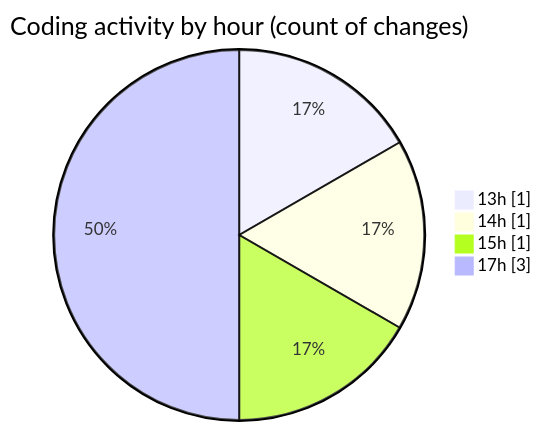
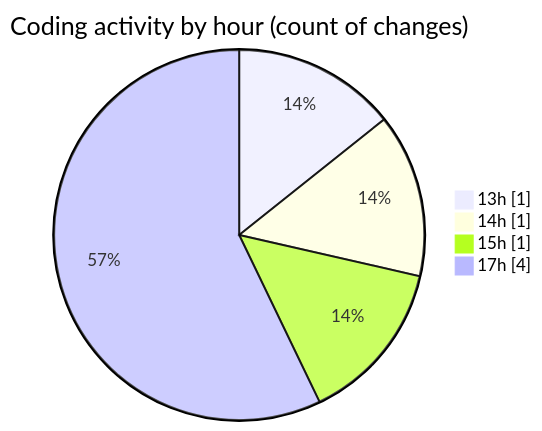
Before and after one commit to NitaiMahat/code-tracking: the second of 2 diagrams in 2025-03-14/startfiles/README.md, drawn with Mermaid. The commit also changed other lines of this file and 1 other file, not shown here.

````diff
--- a/2025-03-14/startfiles/README.md
+++ b/2025-03-14/startfiles/README.md
@@ -28,8 +28,8 @@
 ```mermaid
 pie showData
 title Coding activity by hour (count of changes)
 "13h" : 1
 "14h" : 1
 "15h" : 1
-"17h" : 3
+"17h" : 4
 ```
````
